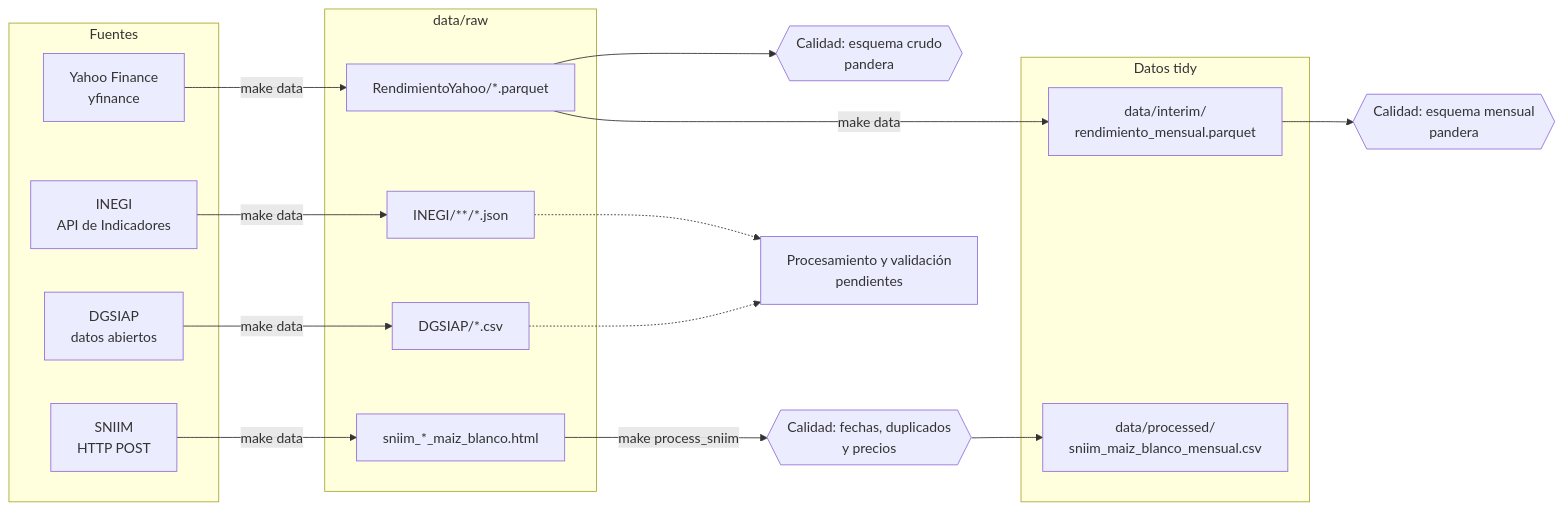
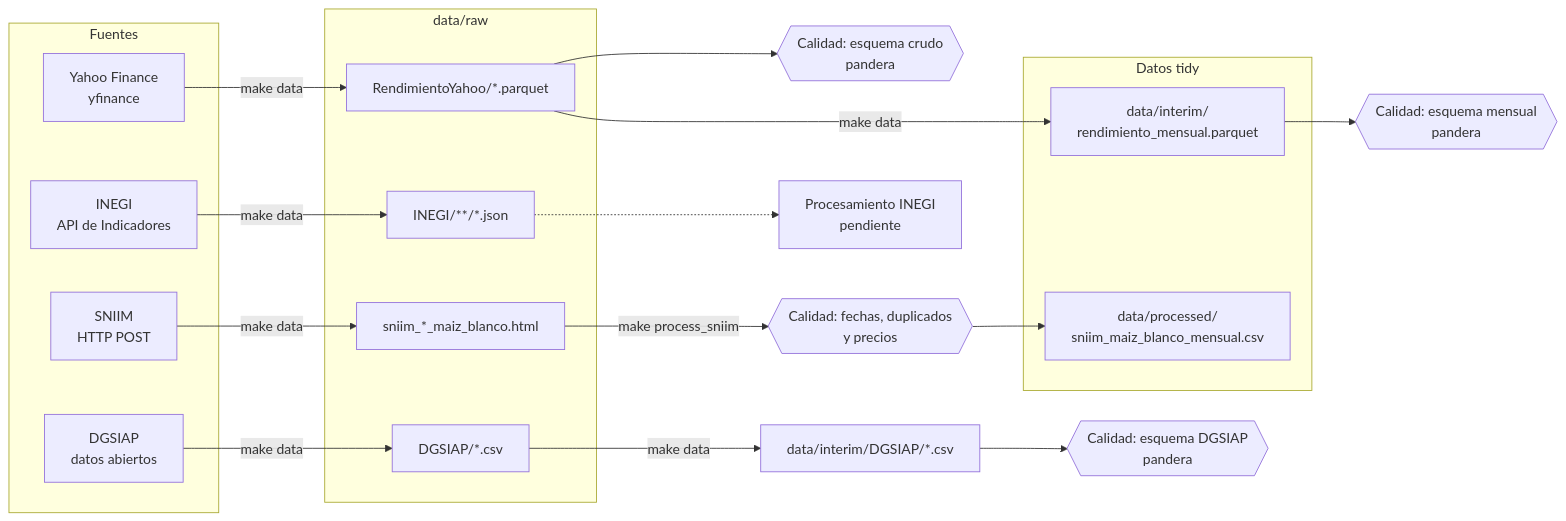
Before and after one commit to IngCarac2026Unison/Rendimiento_Bursatil_Sector_Agropecuario: the diagram in README.md, drawn with Mermaid. The commit also changed other lines of this file and 12 other files, not shown here.

````diff
--- a/README.md
+++ b/README.md
@@ -124,41 +149,43 @@
 ```mermaid
 flowchart LR
     subgraph F["Fuentes"]
         Y["Yahoo Finance<br/>yfinance"]
         S["SNIIM<br/>HTTP POST"]
         I["INEGI<br/>API de Indicadores"]
         D["DGSIAP<br/>datos abiertos"]
     end
 
     subgraph R["data/raw"]
         YR["RendimientoYahoo/*.parquet"]
         SR["sniim_*_maiz_blanco.html"]
         IR["INEGI/**/*.json"]
         DR["DGSIAP/*.csv"]
     end
 
     subgraph T["Datos tidy"]
         YT["data/interim/<br/>rendimiento_mensual.parquet"]
         ST["data/processed/<br/>sniim_maiz_blanco_mensual.csv"]
     end
 
     VR{{"Calidad: esquema crudo<br/>pandera"}}
     VM{{"Calidad: esquema mensual<br/>pandera"}}
     VS{{"Calidad: fechas, duplicados<br/>y precios"}}
-    P["Procesamiento y validación<br/>pendientes"]
+    VD{{"Calidad: esquema DGSIAP<br/>pandera"}}
+    P["Procesamiento INEGI<br/>pendiente"]
 
     Y -->|make data| YR
     S -->|make data| SR
     I -->|make data| IR
     D -->|make data| DR
 
     YR -->|make data| YT
     YR --> VR
     YT --> VM
 
     SR -->|make process_sniim| VS
     VS --> ST
 
     IR -.-> P
-    DR -.-> P
+    DR -->|make data| DT["data/interim/DGSIAP/*.csv"]
+    DT --> VD
 ```
````
